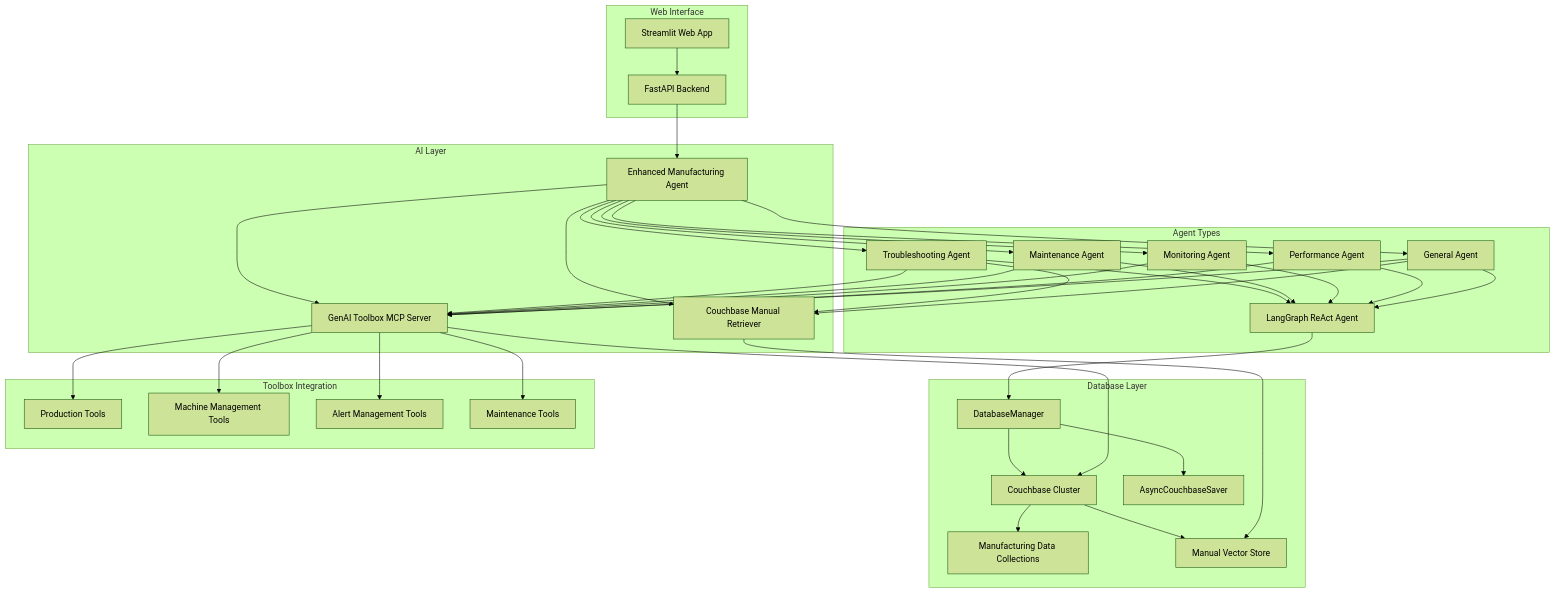
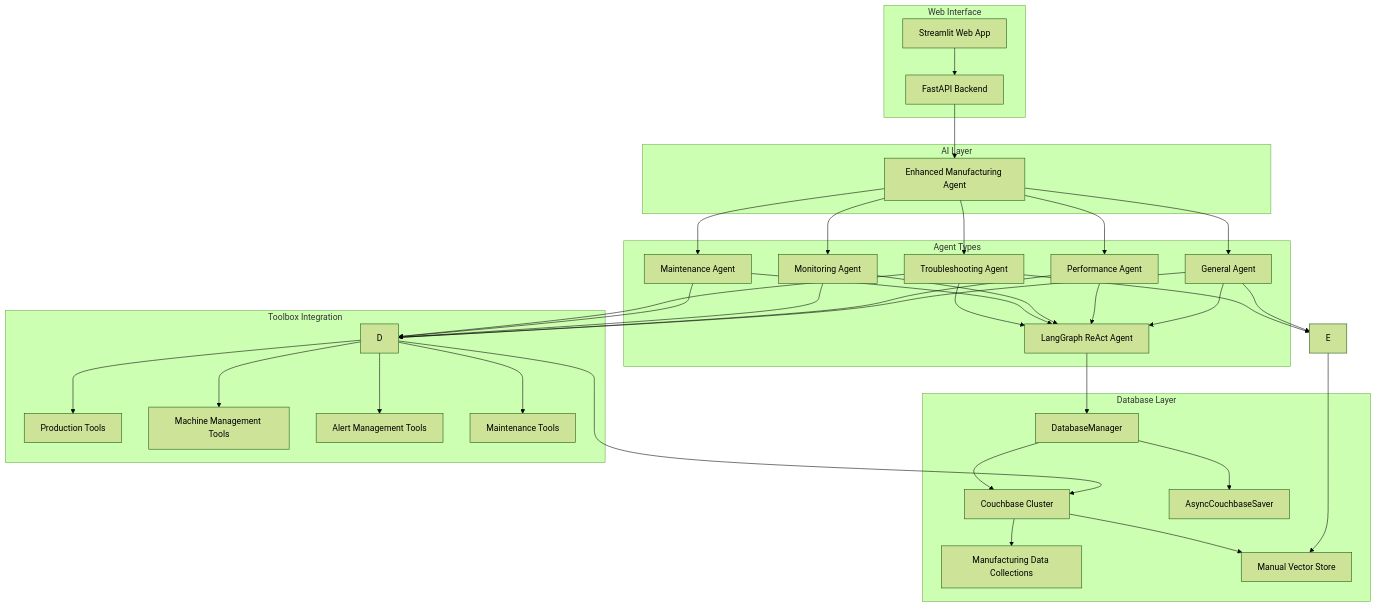
Before and after one commit to couchbase-examples/couchbase-google-mcp-toolbox-demo: the first of 2 diagrams in README.md, drawn with Mermaid (forest theme). The commit also changed other lines of this file, not shown here.

````diff
--- a/README.md
+++ b/README.md
@@ -20,54 +20,52 @@
 ```mermaid
 graph TB
     subgraph "Web Interface"
         A[Streamlit Web App] --> B[FastAPI Backend]
     end
     
     subgraph "AI Layer"
         B --> C[Enhanced Manufacturing Agent]
-        C --> D[GenAI Toolbox MCP Server]
-        C --> E[Couchbase Manual Retriever]
     end
     
     subgraph "Agent Types"
         F[Troubleshooting Agent] --> G[LangGraph ReAct Agent]
         H[Maintenance Agent] --> G
         I[Monitoring Agent] --> G
         J[Performance Agent] --> G
         K[General Agent] --> G
     end
     
     subgraph "Database Layer"
         L[DatabaseManager] --> M[Couchbase Cluster]
         L --> N[AsyncCouchbaseSaver]
         M --> O[Manufacturing Data Collections]
         M --> P[Manual Vector Store]
     end
     
     subgraph "Toolbox Integration"
         D --> Q[Production Tools]
         D --> R[Machine Management Tools]
         D --> S[Alert Management Tools]
         D --> T[Maintenance Tools]
     end
     
     C --> F
     C --> H
     C --> I
     C --> J
     C --> K
     G --> L
     E --> P
     D --> M
 
     %% Agents access toolsets via MCP server
     F --> D
     H --> D
     I --> D
     J --> D
     K --> D
 
     %% Manual search available only to troubleshooting and general agents
     F --> E
     K --> E
 ```
````
